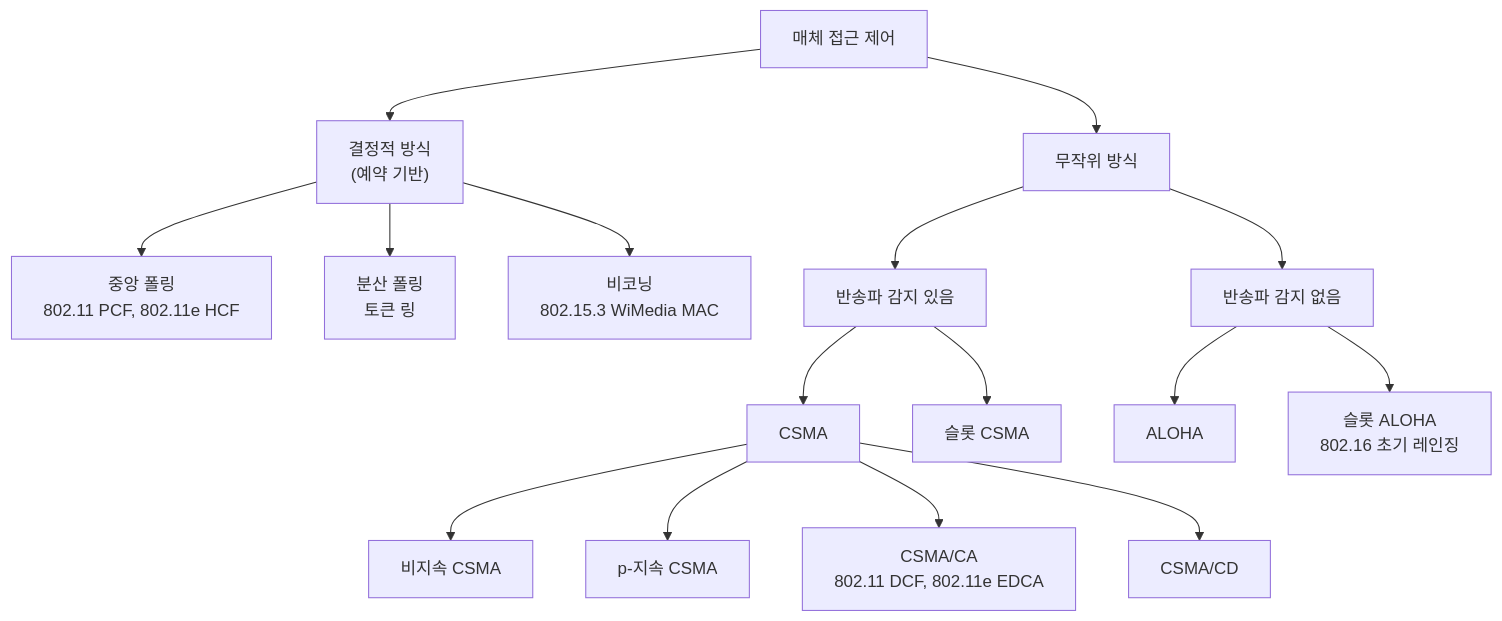
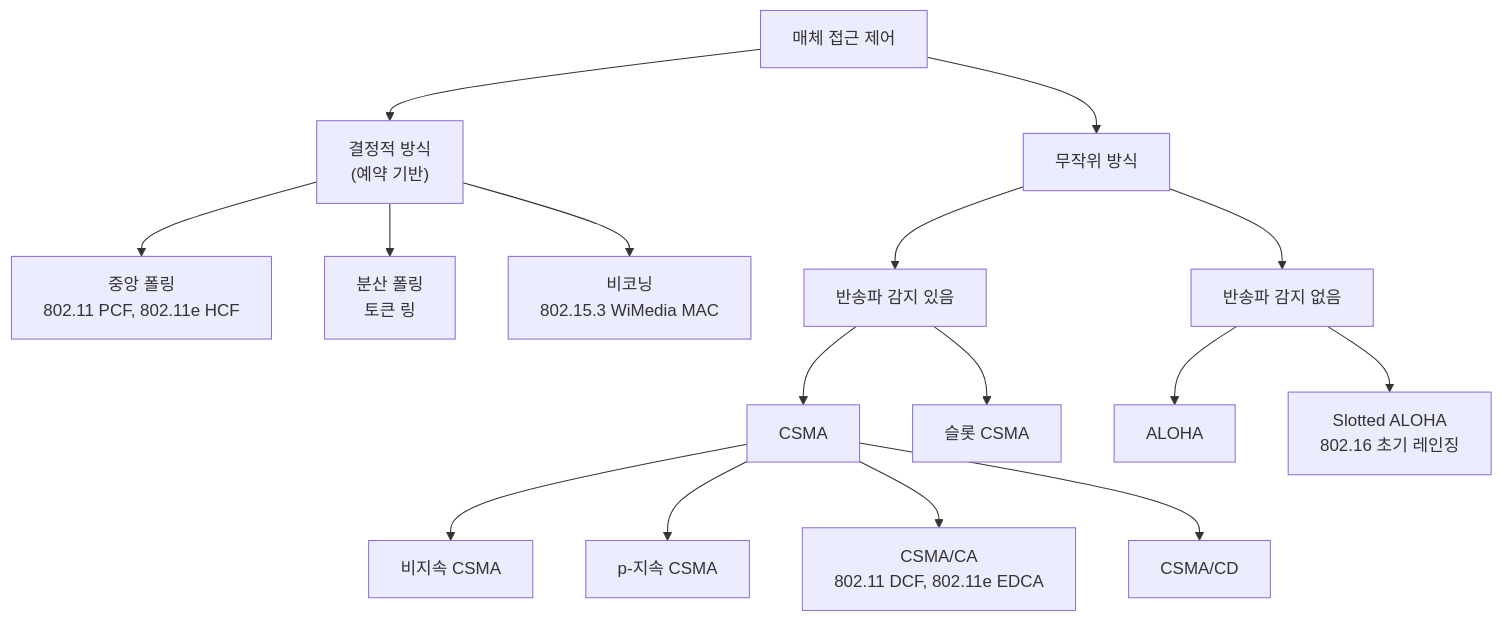
Before and after one commit to Choroning/25Spring_Networking-and-Communication-Systems: the first of 5 diagrams in Lecture-Notes/Week13_Wireless-Communication-DSRC-and-WAVE/Concepts_Lecture.ko.md, drawn with Mermaid. The commit also changed other lines of this file and 13 other files, not shown here.

````diff
--- a/Lecture-Notes/Week13_Wireless-Communication-DSRC-and-WAVE/Concepts_Lecture.ko.md
+++ b/Lecture-Notes/Week13_Wireless-Communication-DSRC-and-WAVE/Concepts_Lecture.ko.md
@@ -411,18 +411,18 @@
 ```mermaid
 flowchart TD
     A["매체 접근 제어"] --> B["결정적 방식<br>(예약 기반)"]
     A --> C["무작위 방식"]
     B --> B1["중앙 폴링<br>802.11 PCF, 802.11e HCF"]
     B --> B2["분산 폴링<br>토큰 링"]
     B --> B3["비코닝<br>802.15.3 WiMedia MAC"]
     C --> C1["반송파 감지 있음"]
     C --> C2["반송파 감지 없음"]
     C1 --> D1["CSMA"]
     C1 --> D2["슬롯 CSMA"]
     D1 --> E1["비지속 CSMA"]
     D1 --> E2["p-지속 CSMA"]
     D1 --> E3["CSMA/CA<br>802.11 DCF, 802.11e EDCA"]
     D1 --> E4["CSMA/CD"]
     C2 --> F1["ALOHA"]
-    C2 --> F2["슬롯 ALOHA<br>802.16 초기 레인징"]
+    C2 --> F2["Slotted ALOHA<br>802.16 초기 레인징"]
 ```
````
